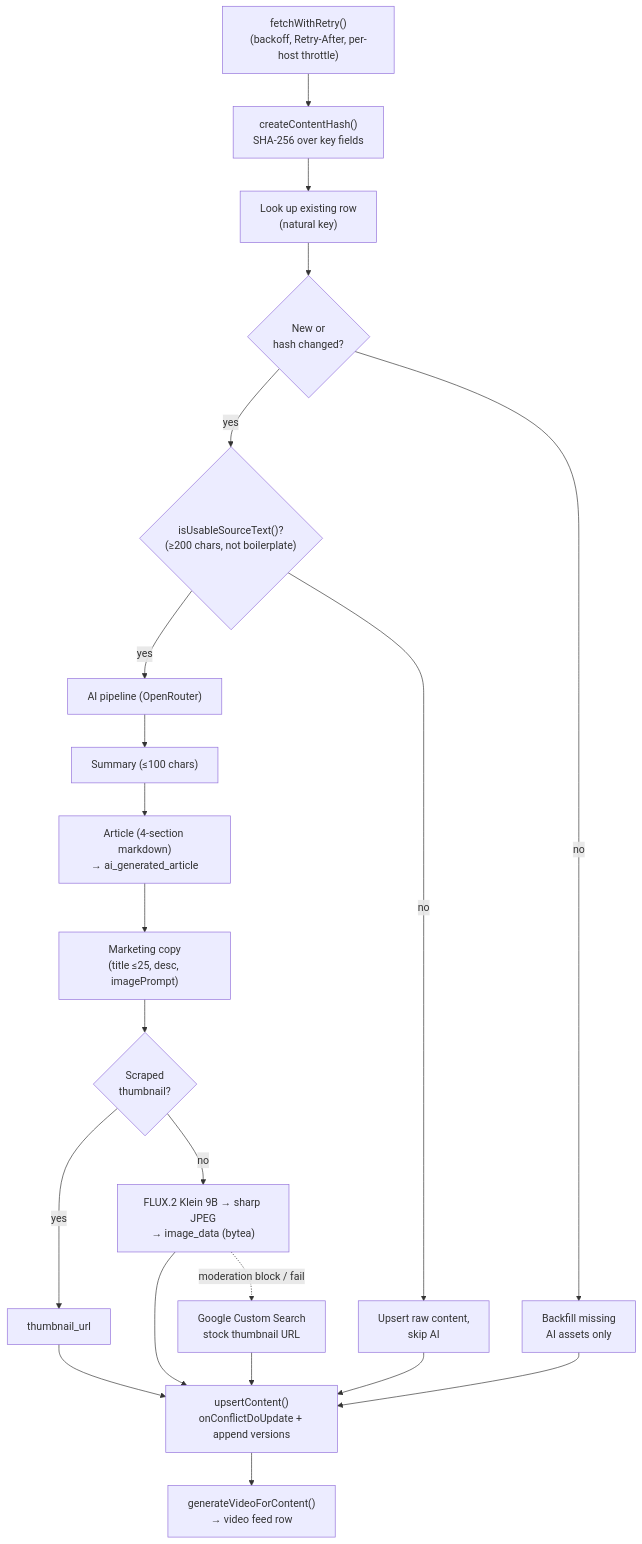
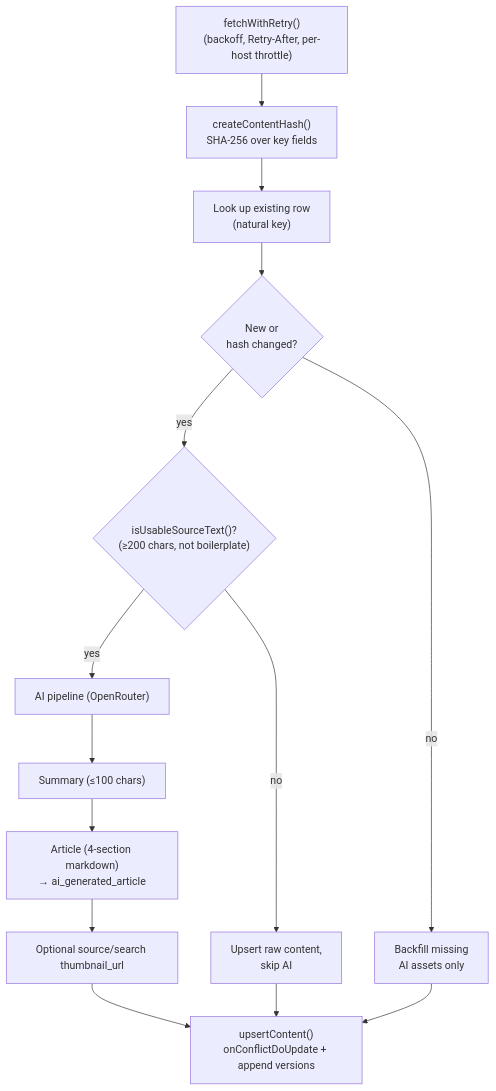
Before and after one commit to billion-app/billion: the diagram in docs/scraper.md, drawn with Mermaid. The commit also changed other lines of this file and 32 other files, not shown here.

Commit message:
Disable video feed and retain H.R. 3633

````diff
--- a/docs/scraper.md
+++ b/docs/scraper.md
@@ -327,27 +327,18 @@
 ```mermaid
 flowchart TD
     fetch["fetchWithRetry()<br/>(backoff, Retry-After, per-host throttle)"] --> hash["createContentHash()<br/>SHA-256 over key fields"]
     hash --> lookup["Look up existing row<br/>(natural key)"]
     lookup --> changed{"New or<br/>hash changed?"}
 
     changed -->|no| backfill["Backfill missing<br/>AI assets only"]
     changed -->|yes| usable{"isUsableSourceText()?<br/>(≥200 chars, not boilerplate)"}
     usable -->|no| skipai["Upsert raw content,<br/>skip AI"]
     usable -->|yes| ai["AI pipeline (OpenRouter)"]
 
     ai --> summary["Summary (≤100 chars)"]
     summary --> article["Article (4-section markdown)<br/>→ ai_generated_article"]
-    article --> marketing["Marketing copy<br/>(title ≤25, desc, imagePrompt)"]
-    marketing --> img{"Scraped<br/>thumbnail?"}
-
-    img -->|yes| thumburl["thumbnail_url"]
-    img -->|no| flux["FLUX.2 Klein 9B → sharp JPEG<br/>→ image_data (bytea)"]
-    flux -.->|moderation block / fail| stock["Google Custom Search<br/>stock thumbnail URL"]
-
+    article --> thumburl["Optional source/search thumbnail_url"]
     thumburl --> upsert["upsertContent()<br/>onConflictDoUpdate + append versions"]
-    flux --> upsert
-    stock --> upsert
     skipai --> upsert
     backfill --> upsert
-    upsert --> video["generateVideoForContent()<br/>→ video feed row"]
 ```
````
